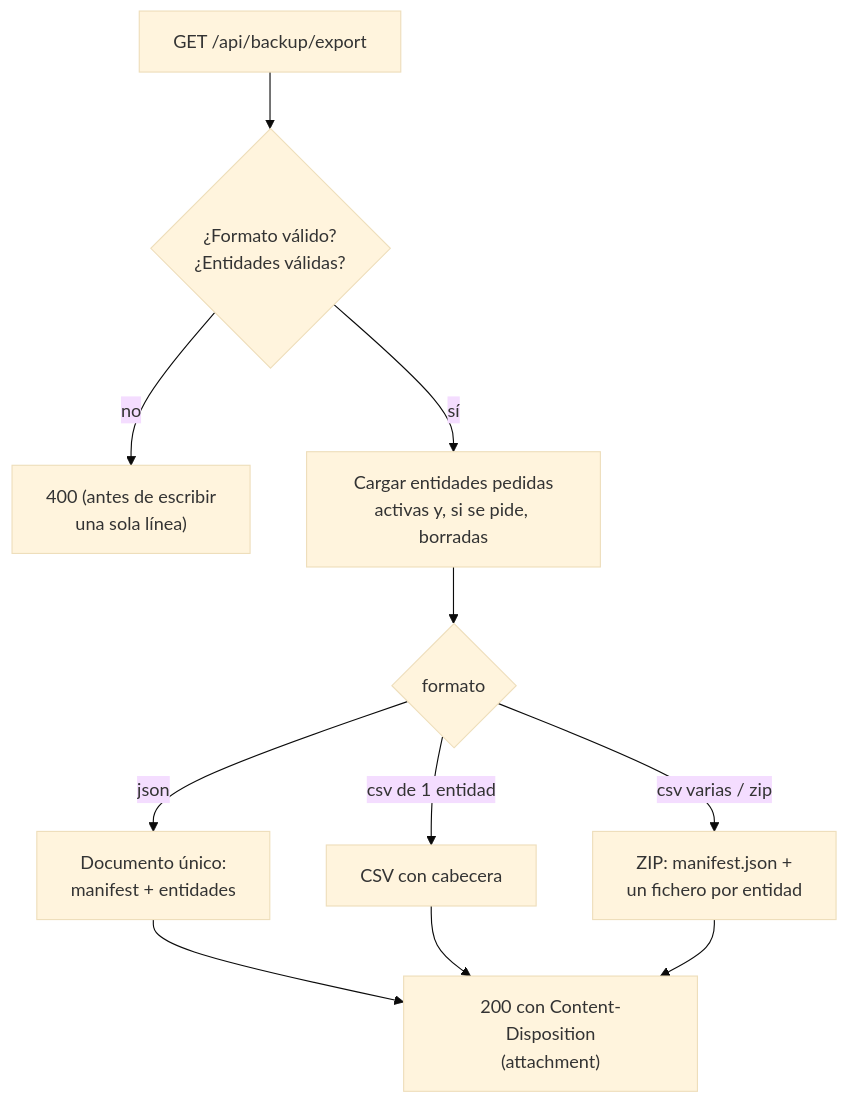
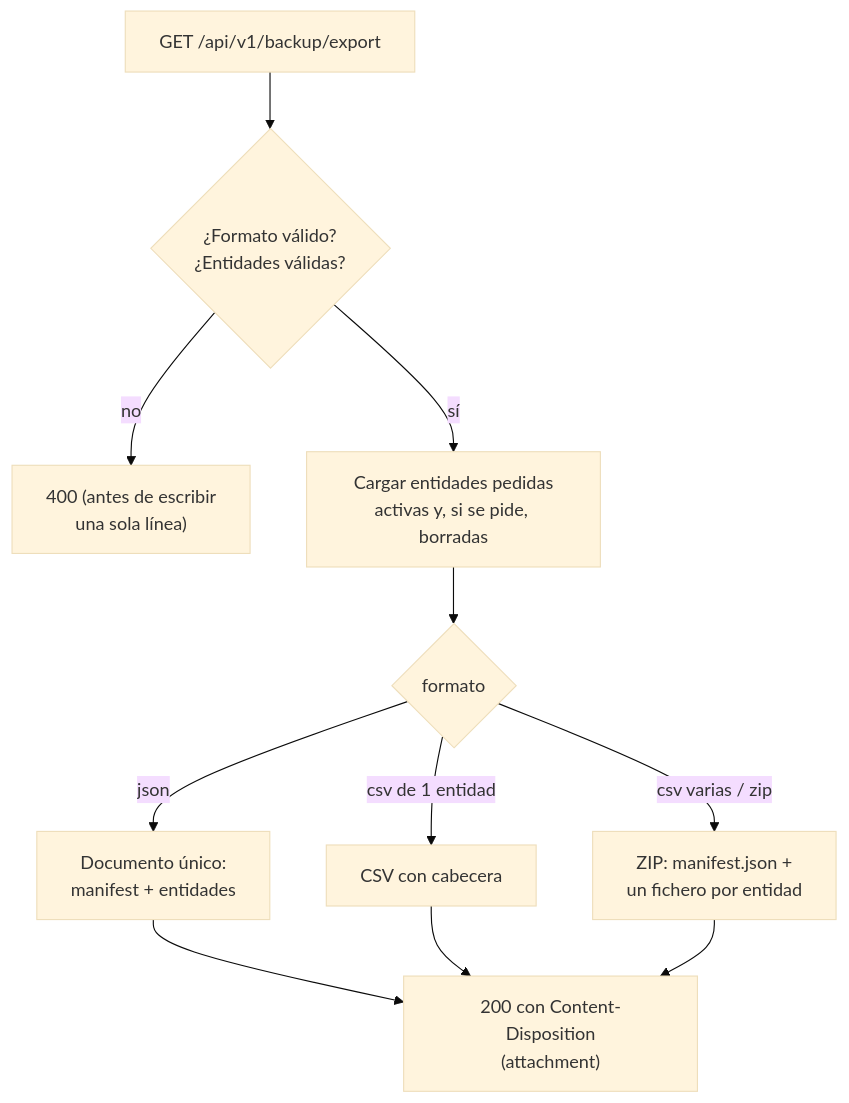
One commit to joseluisgs/TiendaDawApi-NetCore changed the first of 2 diagrams in doc/32-backup-restore.md. Above: the diagram before and after it, drawn with Mermaid (base theme). The commit also changed other lines of this file and 237 other files, not shown here.

````diff
--- a/doc/32-backup-restore.md
+++ b/doc/32-backup-restore.md
@@ -41,13 +41,13 @@
 ```mermaid
 flowchart TD
-    A["GET /api/backup/export"] --> B{¿Formato válido?<br/>¿Entidades válidas?}
+    A["GET /api/v1/backup/export"] --> B{¿Formato válido?<br/>¿Entidades válidas?}
     B -->|no| C["400 (antes de escribir<br/>una sola línea)"]
     B -->|sí| D[Cargar entidades pedidas<br/>activas y, si se pide, borradas]
     D --> E{formato}
     E -->|json| F["Documento único:<br/>manifest + entidades"]
     E -->|csv de 1 entidad| G["CSV con cabecera"]
     E -->|csv varias / zip| H["ZIP: manifest.json +<br/>un fichero por entidad"]
     F --> I["200 con Content-Disposition<br/>(attachment)"]
     G --> I
     H --> I
 ```
````
